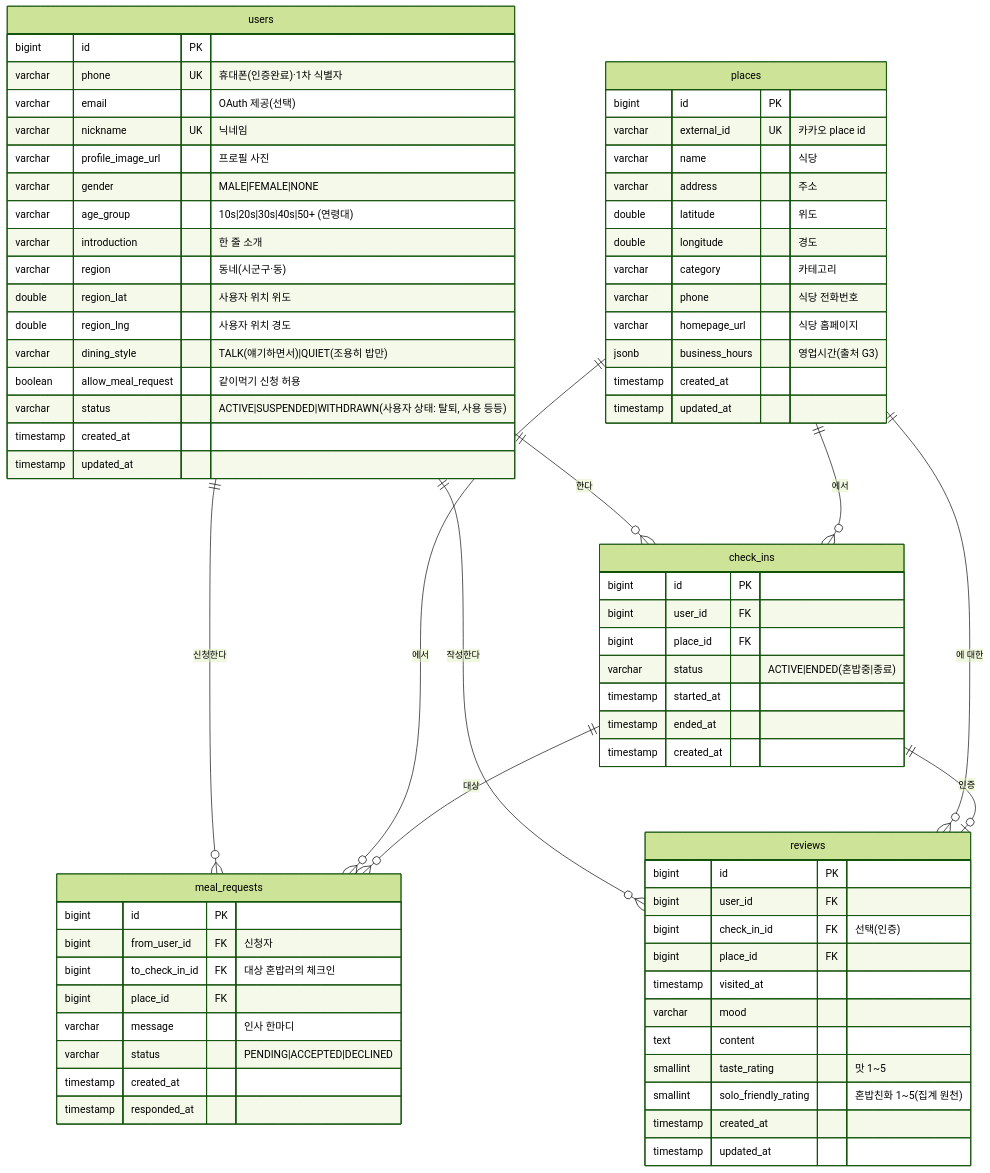
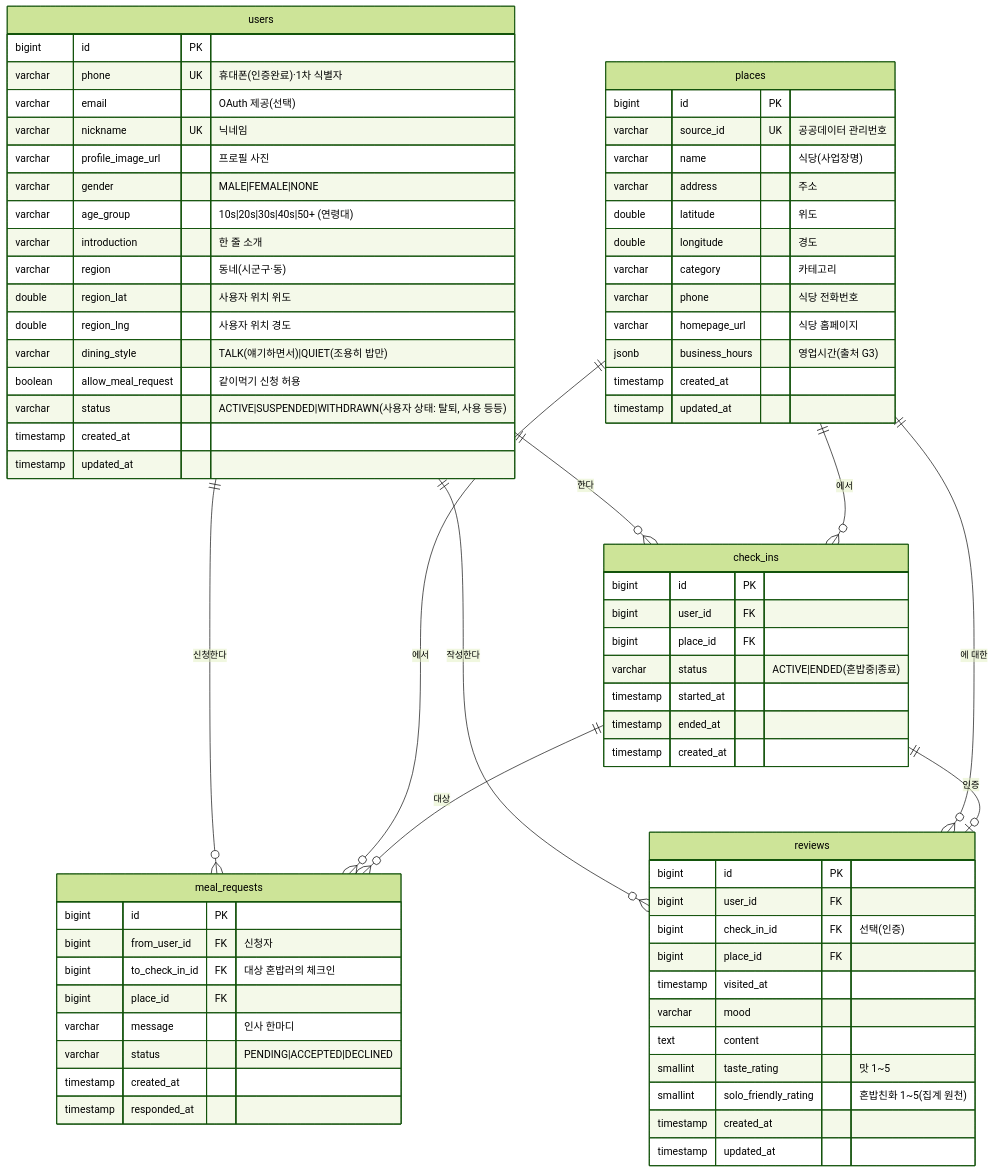
The first of 2 diagrams in docs/04-ERD-데이터모델.md (yhw0104/HonJeong), drawn with Mermaid (forest theme) before and after one commit. The commit also changed other lines of this file and 5 other files, not shown here.

````diff
--- a/docs/04-ERD-데이터모델.md
+++ b/docs/04-ERD-데이터모델.md
@@ -32,76 +32,76 @@
 ```mermaid
 erDiagram
     users         ||--o{ check_ins     : "한다"
     users         ||--o{ reviews       : "작성한다"
     users         ||--o{ meal_requests : "신청한다"
     places        ||--o{ check_ins     : "에서"
     places        ||--o{ reviews       : "에 대한"
     places        ||--o{ meal_requests : "에서"
     check_ins     ||--o{ meal_requests : "대상"
     check_ins     ||--o| reviews       : "인증"
 
     users {
         bigint   id PK
         varchar  phone UK "휴대폰(인증완료)·1차 식별자"
         varchar  email "OAuth 제공(선택)"
         varchar  nickname UK "닉네임"
         varchar  profile_image_url "프로필 사진"
         varchar  gender "MALE|FEMALE|NONE"
         varchar  age_group "10s|20s|30s|40s|50+ (연령대)"
         varchar  introduction "한 줄 소개"
         varchar  region "동네(시군구·동)"
         double   region_lat "사용자 위치 위도"
         double   region_lng "사용자 위치 경도"
         varchar  dining_style "TALK(얘기하면서)|QUIET(조용히 밥만)"
         boolean  allow_meal_request "같이먹기 신청 허용"
         varchar  status "ACTIVE|SUSPENDED|WITHDRAWN(사용자 상태: 탈퇴, 사용 등등)"
         timestamp created_at
         timestamp updated_at
     }
     places {
         bigint   id PK
-        varchar  external_id UK "카카오 place id"
-        varchar  name "식당"
+        varchar  source_id UK "공공데이터 관리번호"
+        varchar  name "식당(사업장명)"
         varchar  address "주소"
         double   latitude "위도"
         double   longitude "경도"
         varchar  category "카테고리"
         varchar  phone "식당 전화번호"
         varchar  homepage_url "식당 홈페이지"
         jsonb    business_hours "영업시간(출처 G3)"
         timestamp created_at
         timestamp updated_at
     }
     check_ins {
         bigint   id PK
         bigint   user_id FK
         bigint   place_id FK
         varchar  status "ACTIVE|ENDED(혼밥중|종료)"
         timestamp started_at
         timestamp ended_at
         timestamp created_at
     }
     meal_requests {
         bigint   id PK
         bigint   from_user_id FK "신청자"
         bigint   to_check_in_id FK "대상 혼밥러의 체크인"
         bigint   place_id FK
         varchar  message "인사 한마디"
         varchar  status "PENDING|ACCEPTED|DECLINED"
         timestamp created_at
         timestamp responded_at
     }
     reviews {
         bigint   id PK
         bigint   user_id FK
         bigint   check_in_id FK "선택(인증)"
         bigint   place_id FK
         timestamp visited_at
         varchar  mood
         text     content
         smallint taste_rating "맛 1~5"
         smallint solo_friendly_rating "혼밥친화 1~5(집계 원천)"
         timestamp created_at
         timestamp updated_at
     }
 ```
````
